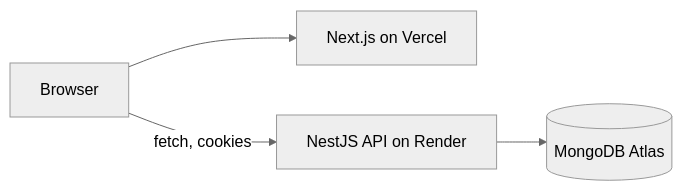
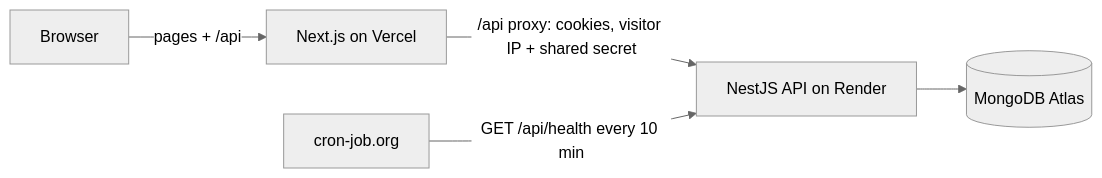
The diagram in README.md (masabinhok/e4), drawn with Mermaid (neutral theme) before and after one commit. The commit also changed other lines of this file and 3 other files, not shown here.

````diff
--- a/README.md
+++ b/README.md
@@ -29,6 +28,7 @@
 ```mermaid
 flowchart LR
-  B[Browser] --> W[Next.js on Vercel]
-  B -- fetch, cookies --> A[NestJS API on Render]
+  B[Browser] -- pages + /api --> W[Next.js on Vercel]
+  W -- /api proxy: cookies, visitor IP + shared secret --> A[NestJS API on Render]
   A --> M[(MongoDB Atlas)]
+  P[cron-job.org] -- GET /api/health every 10 min --> A
 ```
````
